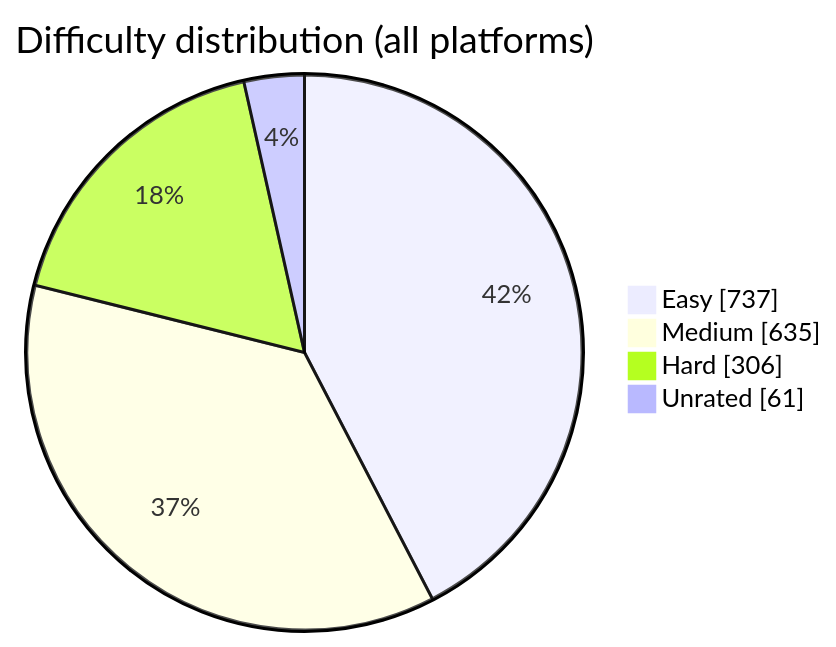
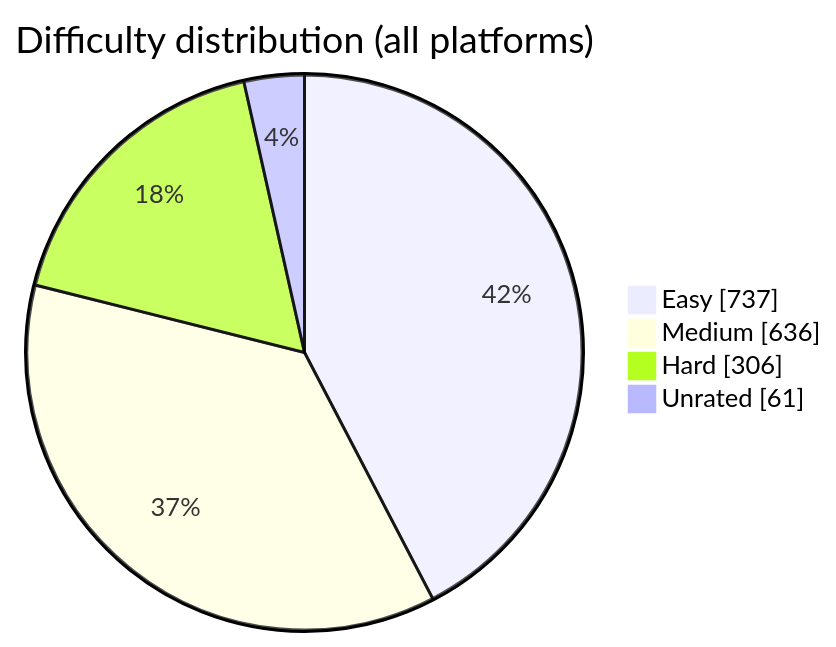
Before and after one commit to BuildbyArindam/Daily-Coding-Log: the diagram in README.md, drawn with Mermaid. The commit also changed other lines of this file, not shown here.

````diff
--- a/README.md
+++ b/README.md
@@ -93,7 +93,7 @@
 ```mermaid
 pie showData title Difficulty distribution (all platforms)
     "Easy" : 737
-    "Medium" : 635
+    "Medium" : 636
     "Hard" : 306
     "Unrated" : 61
 ```
````
